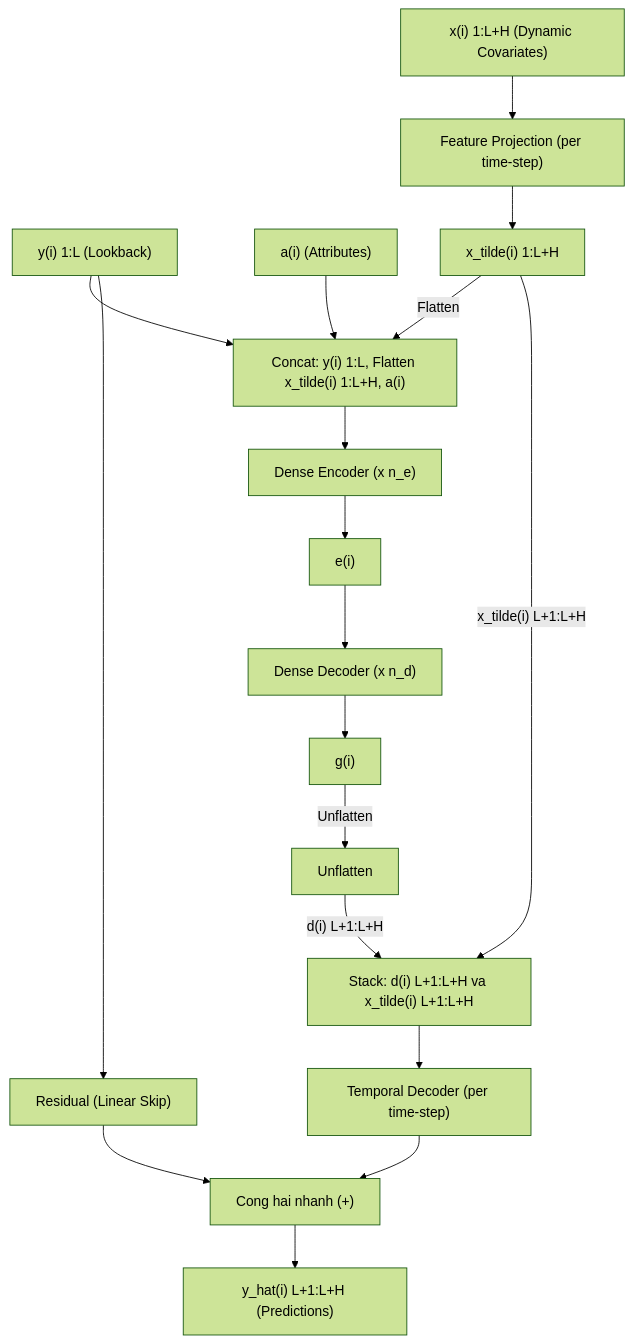
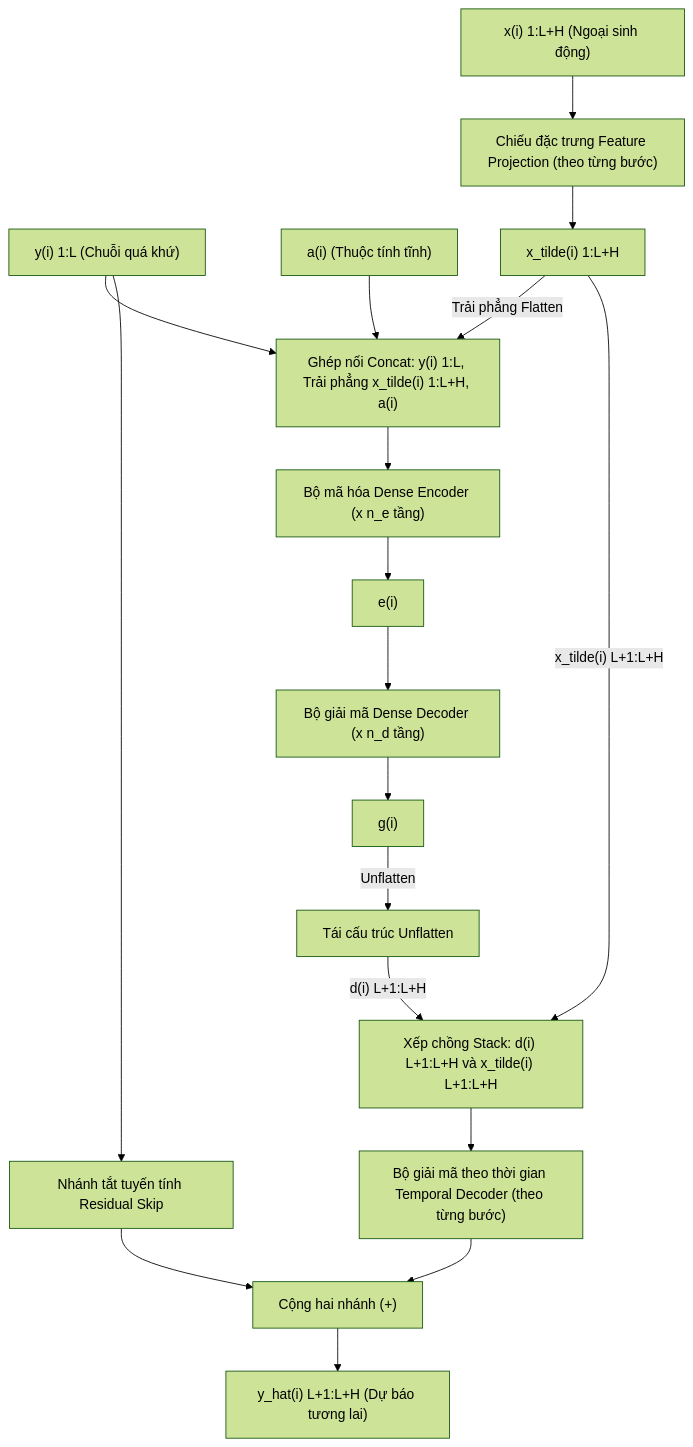
The diagram in tasks-Hieu/sprint-1/01_architecture_diagram.md (snowflake-vibing/Project-Experimental-TiDE), drawn with Mermaid (forest theme) before and after one commit. The commit also changed other lines of this file and 3 other files, not shown here.

Commit message:
refactor(sprint-1): remove progress.md and report_sprint_1.md, update 01_architecture_diagram.md with accented Vietnamese

````diff
--- a/tasks-Hieu/sprint-1/01_architecture_diagram.md
+++ b/tasks-Hieu/sprint-1/01_architecture_diagram.md
@@ -26,46 +26,46 @@
 ```mermaid
 flowchart TD
-    Y_lookback["y(i) 1:L (Lookback)"]
-    A_attr["a(i) (Attributes)"]
-    X_cov["x(i) 1:L+H (Dynamic Covariates)"]
+    Y_lookback["y(i) 1:L (Chuỗi quá khứ)"]
+    A_attr["a(i) (Thuộc tính tĩnh)"]
+    X_cov["x(i) 1:L+H (Ngoại sinh động)"]
 
-    FeatProj["Feature Projection (per time-step)"]
+    FeatProj["Chiếu đặc trưng Feature Projection (theo từng bước)"]
     X_tilde["x_tilde(i) 1:L+H"]
     X_cov --> FeatProj
     FeatProj --> X_tilde
 
-    ConcatNode["Concat: y(i) 1:L, Flatten x_tilde(i) 1:L+H, a(i)"]
+    ConcatNode["Ghép nối Concat: y(i) 1:L, Trải phẳng x_tilde(i) 1:L+H, a(i)"]
     Y_lookback --> ConcatNode
     A_attr --> ConcatNode
-    X_tilde -->|"Flatten"| ConcatNode
+    X_tilde -->|"Trải phẳng Flatten"| ConcatNode
 
-    DenseEnc["Dense Encoder (x n_e)"]
+    DenseEnc["Bộ mã hóa Dense Encoder (x n_e tầng)"]
     Enc_e["e(i)"]
     ConcatNode --> DenseEnc
     DenseEnc --> Enc_e
 
-    DenseDec["Dense Decoder (x n_d)"]
+    DenseDec["Bộ giải mã Dense Decoder (x n_d tầng)"]
     Vec_g["g(i)"]
     Enc_e --> DenseDec
     DenseDec --> Vec_g
 
-    UnflattenOp["Unflatten"]
+    UnflattenOp["Tái cấu trúc Unflatten"]
     Vec_g -->|"Unflatten"| UnflattenOp
 
-    StackNode["Stack: d(i) L+1:L+H va x_tilde(i) L+1:L+H"]
+    StackNode["Xếp chồng Stack: d(i) L+1:L+H và x_tilde(i) L+1:L+H"]
     UnflattenOp -->|"d(i) L+1:L+H"| StackNode
     X_tilde -->|"x_tilde(i) L+1:L+H"| StackNode
 
-    TempDec["Temporal Decoder (per time-step)"]
+    TempDec["Bộ giải mã theo thời gian Temporal Decoder (theo từng bước)"]
     StackNode --> TempDec
 
-    LinearSkip["Residual (Linear Skip)"]
+    LinearSkip["Nhánh tắt tuyến tính Residual Skip"]
     Y_lookback --> LinearSkip
 
-    AddFinal["Cong hai nhanh (+)"]
+    AddFinal["Cộng hai nhánh (+)"]
     TempDec --> AddFinal
     LinearSkip --> AddFinal
 
-    Predictions["y_hat(i) L+1:L+H (Predictions)"]
+    Predictions["y_hat(i) L+1:L+H (Dự báo tương lai)"]
     AddFinal --> Predictions
 ```
````
